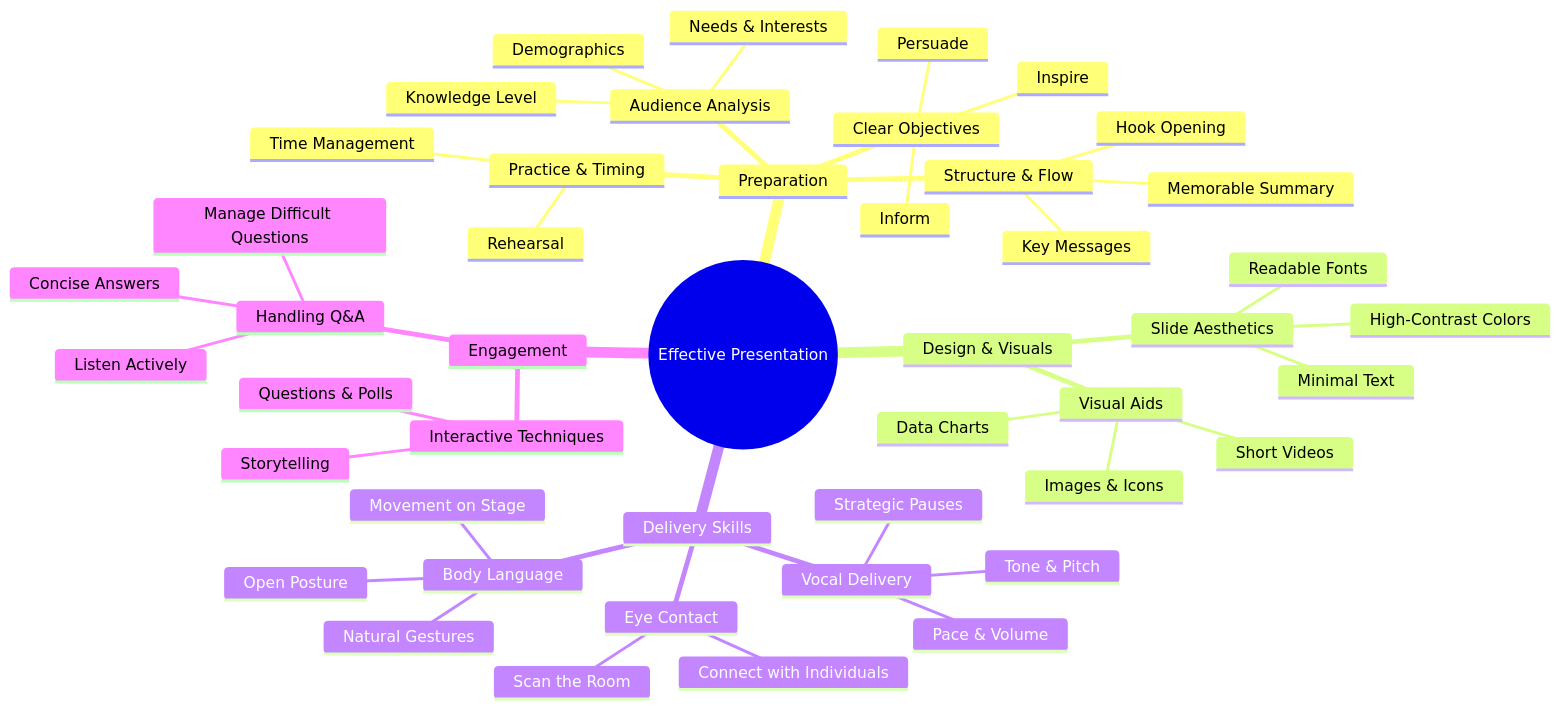
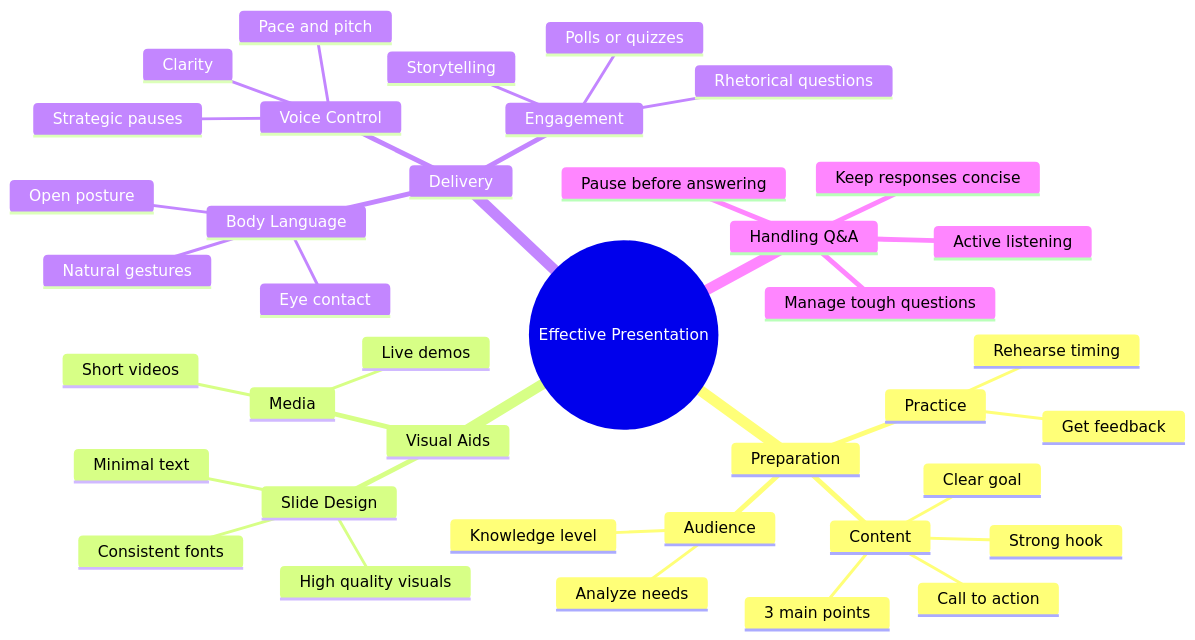
One commit to xdung24/diagram-demo changed the diagram in public/diagram/thuyet-trinh-hieu-qua/diagram.mmd. Above: the diagram before and after it, drawn with Mermaid. The commit also changed 10 other files, not shown here.

```diff
--- a/public/diagram/thuyet-trinh-hieu-qua/diagram.mmd
+++ b/public/diagram/thuyet-trinh-hieu-qua/diagram.mmd
@@ -1,47 +1,40 @@
 mindmap
   root((Effective Presentation))
     Preparation
-      Audience Analysis
-        Demographics
-        Knowledge Level
-        Needs & Interests
-      Clear Objectives
-        Inform
-        Persuade
-        Inspire
-      Structure & Flow
-        Hook Opening
-        Key Messages
-        Memorable Summary
-      Practice & Timing
-        Rehearsal
-        Time Management
-    Design & Visuals
-      Slide Aesthetics
-        Minimal Text
-        High-Contrast Colors
-        Readable Fonts
-      Visual Aids
-        Images & Icons
-        Data Charts
-        Short Videos
-    Delivery Skills
+      Audience
+        Analyze needs
+        Knowledge level
+      Content
+        Clear goal
+        Strong hook
+        3 main points
+        Call to action
+      Practice
+        Rehearse timing
+        Get feedback
+    Visual Aids
+      Slide Design
+        Minimal text
+        High quality visuals
+        Consistent fonts
+      Media
+        Short videos
+        Live demos
+    Delivery
       Body Language
-        Open Posture
-        Natural Gestures
-        Movement on Stage
-      Vocal Delivery
-        Pace & Volume
-        Tone & Pitch
-        Strategic Pauses
-      Eye Contact
-        Connect with Individuals
-        Scan the Room
-    Engagement
-      Interactive Techniques
-        Questions & Polls
+        Eye contact
+        Open posture
+        Natural gestures
+      Voice Control
+        Pace and pitch
+        Strategic pauses
+        Clarity
+      Engagement
         Storytelling
-      Handling Q&A
-        Listen Actively
-        Concise Answers
-        Manage Difficult Questions
+        Rhetorical questions
+        Polls or quizzes
+    Handling Q&A
+      Active listening
+      Pause before answering
+      Keep responses concise
+      Manage tough questions
```
